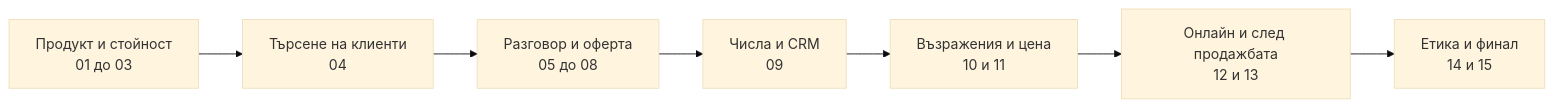
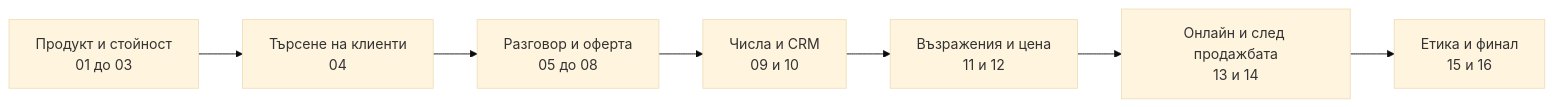
Before and after one commit to kikiaangelova/prodazhbeni-umeniya: the diagram in resursi/istinska-prodazhba.md, drawn with Mermaid (base theme). The commit also changed other lines of this file and 21 other files, not shown here.

````diff
--- a/resursi/istinska-prodazhba.md
+++ b/resursi/istinska-prodazhba.md
@@ -35,9 +36,9 @@
 ```mermaid
 flowchart LR
   A["Продукт и стойност<br/>01 до 03"] --> B["Търсене на клиенти<br/>04"]
   B --> C["Разговор и оферта<br/>05 до 08"]
-  C --> D["Числа и CRM<br/>09"]
-  D --> E["Възражения и цена<br/>10 и 11"]
-  E --> F["Онлайн и след продажбата<br/>12 и 13"]
-  F --> G["Етика и финал<br/>14 и 15"]
+  C --> D["Числа и CRM<br/>09 и 10"]
+  D --> E["Възражения и цена<br/>11 и 12"]
+  E --> F["Онлайн и след продажбата<br/>13 и 14"]
+  F --> G["Етика и финал<br/>15 и 16"]
 ```
````
